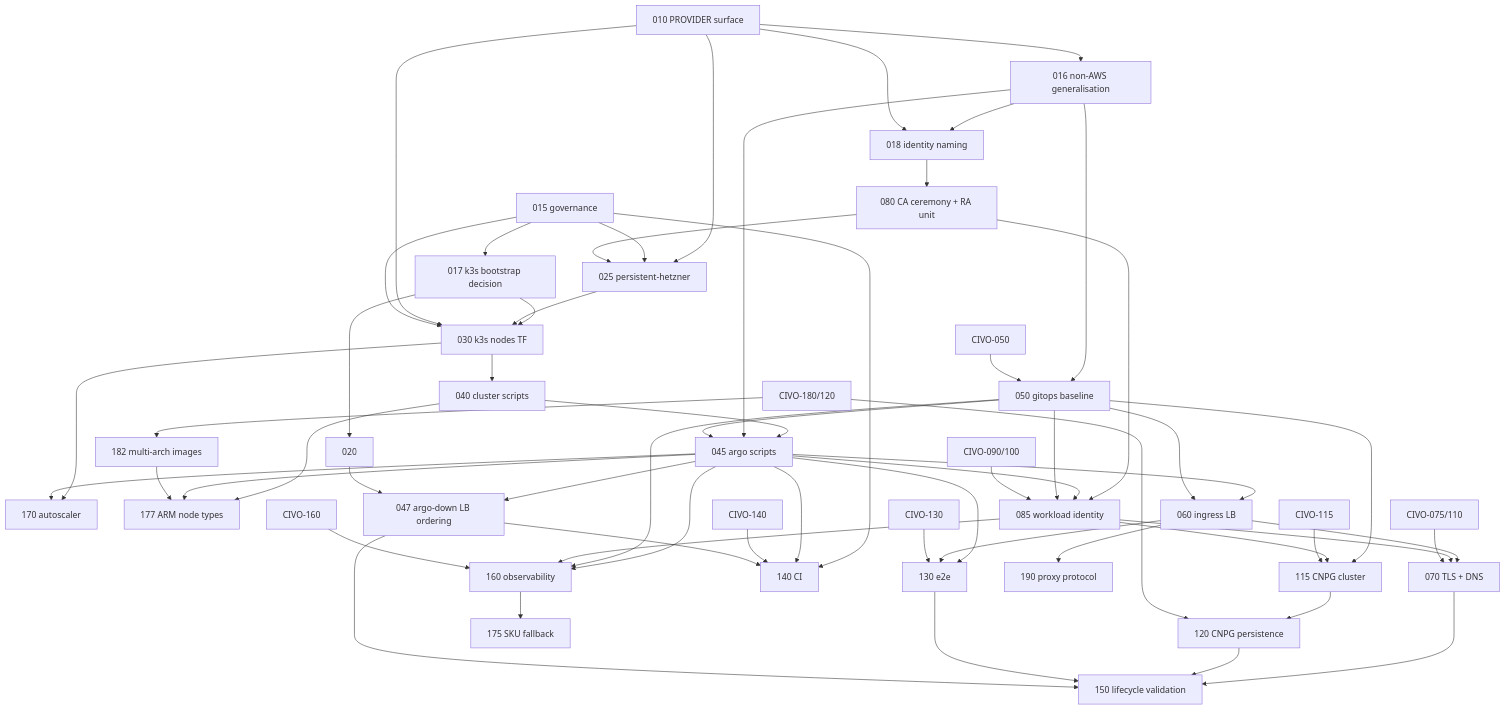
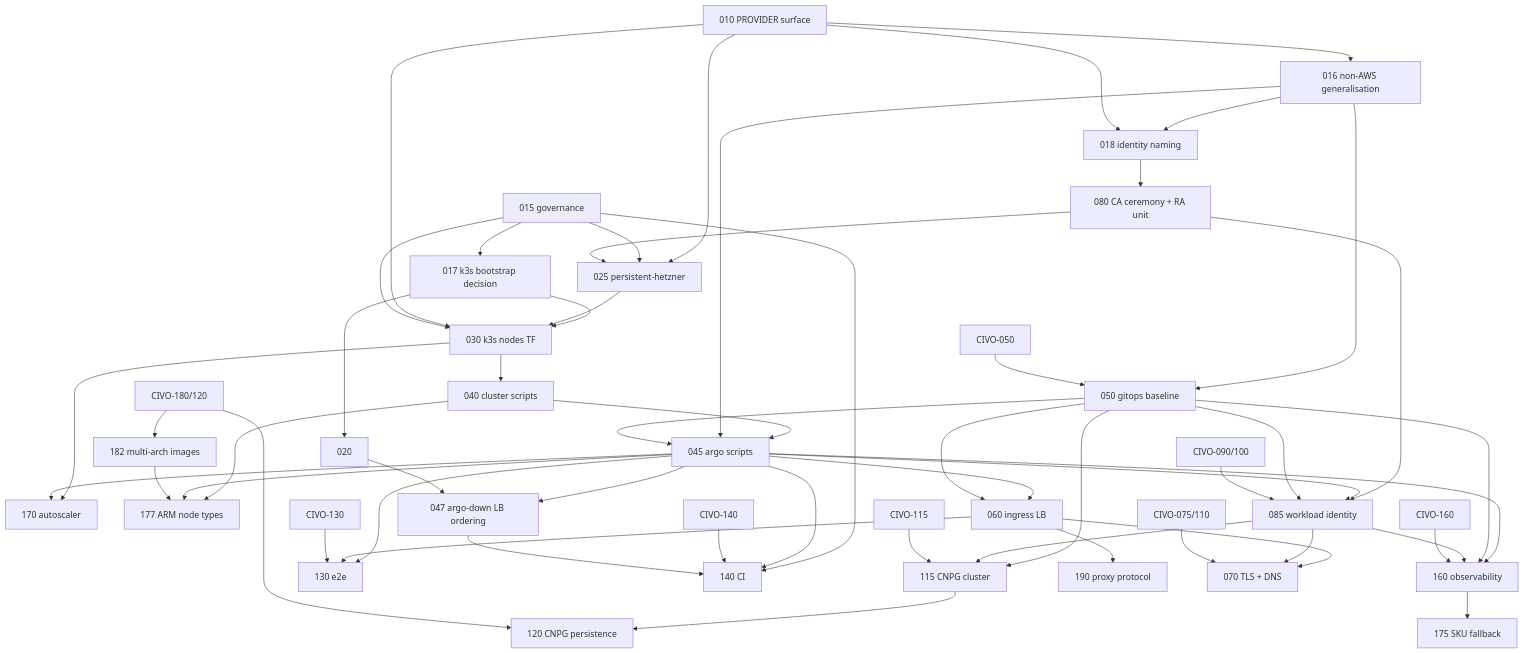
The diagram in specs/hetzner/roadmap.md (savak1990/vk-lab-platform), drawn with Mermaid before and after one commit. The commit also changed other lines of this file and 57 other files, not shown here.

First line of the commit message:
Retire the lifecycle-validation specs, right-size once, and make the node type a dropdown (#88)

````diff
--- a/specs/hetzner/roadmap.md
+++ b/specs/hetzner/roadmap.md
@@ -13,61 +13,57 @@
 ```mermaid
 flowchart TD
   010[010 PROVIDER surface] --> 016[016 non-AWS generalisation]
   016 --> 018[018 identity naming]
   010 --> 018
   010 --> 025[025 persistent-hetzner]
   015[015 governance] --> 025
   015 --> 017[017 k3s bootstrap decision]
   017 --> 030
   017 --> 020
   015 --> 140[140 CI]
   025 --> 030[030 k3s nodes TF]
   010 --> 030
   015 --> 030
   030 --> 040[040 cluster scripts]
   040 --> 045[045 argo scripts]
   016 --> 045
   050[050 gitops baseline] --> 045
   016 --> 050
   C050[CIVO-050] --> 050
   045 --> 060[060 ingress LB]
   050 --> 060
   045 --> 047[047 argo-down LB ordering]
   020 --> 047
   018 --> 080[080 CA ceremony + RA unit]
   080 --> 025
   080 --> 085[085 workload identity]
   045 --> 085
   050 --> 085
   C090[CIVO-090/100] --> 085
   060 --> 070[070 TLS + DNS]
   085 --> 070
   C075[CIVO-075/110] --> 070
   050 --> 115[115 CNPG cluster]
   085 --> 115
   C115[CIVO-115] --> 115
   115 --> 120[120 CNPG persistence]
   C180[CIVO-180/120] --> 120
   C180 --> 182[182 multi-arch images]
   045 --> 130[130 e2e]
   060 --> 130
   C130[CIVO-130] --> 130
   045 --> 140
   C140[CIVO-140] --> 140
   045 --> 160[160 observability]
   050 --> 160
   085 --> 160
   C160[CIVO-160] --> 160
-  070 --> 150[150 lifecycle validation]
-  120 --> 150
-  130 --> 150
-  047 --> 150
   047 --> 140
   030 --> 170[170 autoscaler]
   045 --> 170
   160 --> 175[175 SKU fallback]
   040 --> 177[177 ARM node types]
   045 --> 177
   182 --> 177
   060 --> 190[190 proxy protocol]
 ```
````
